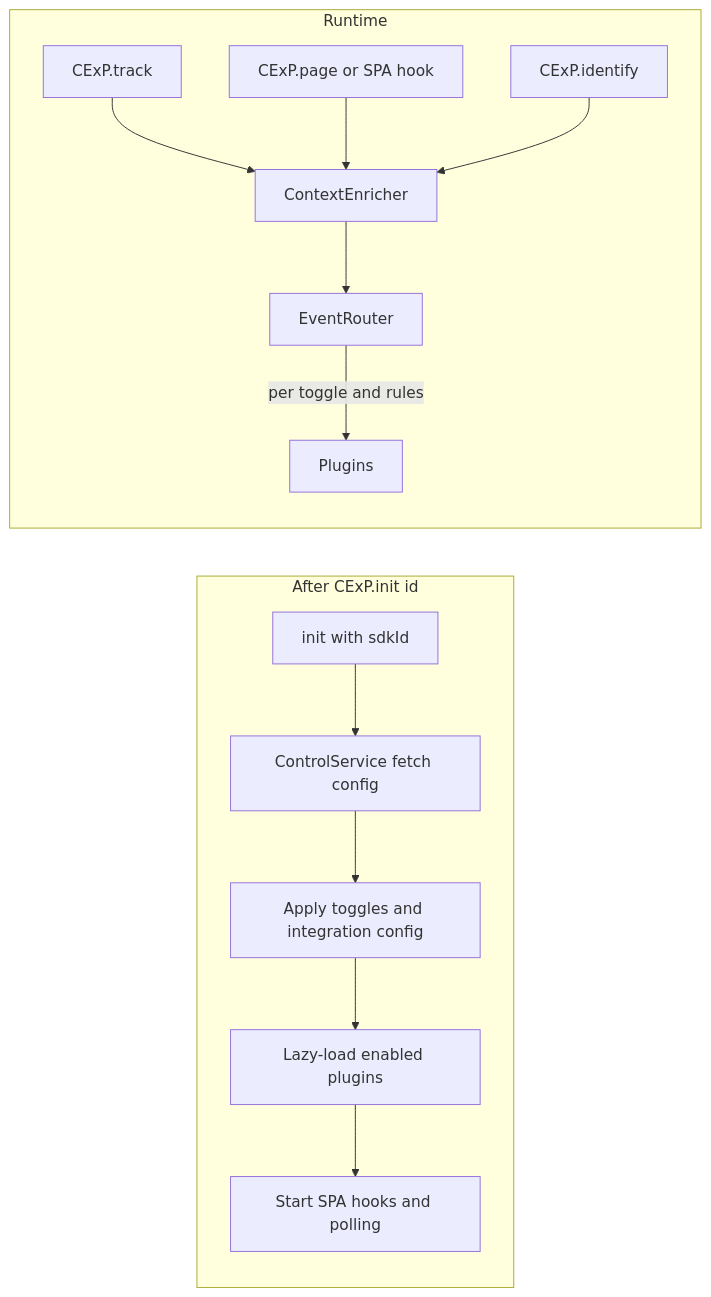
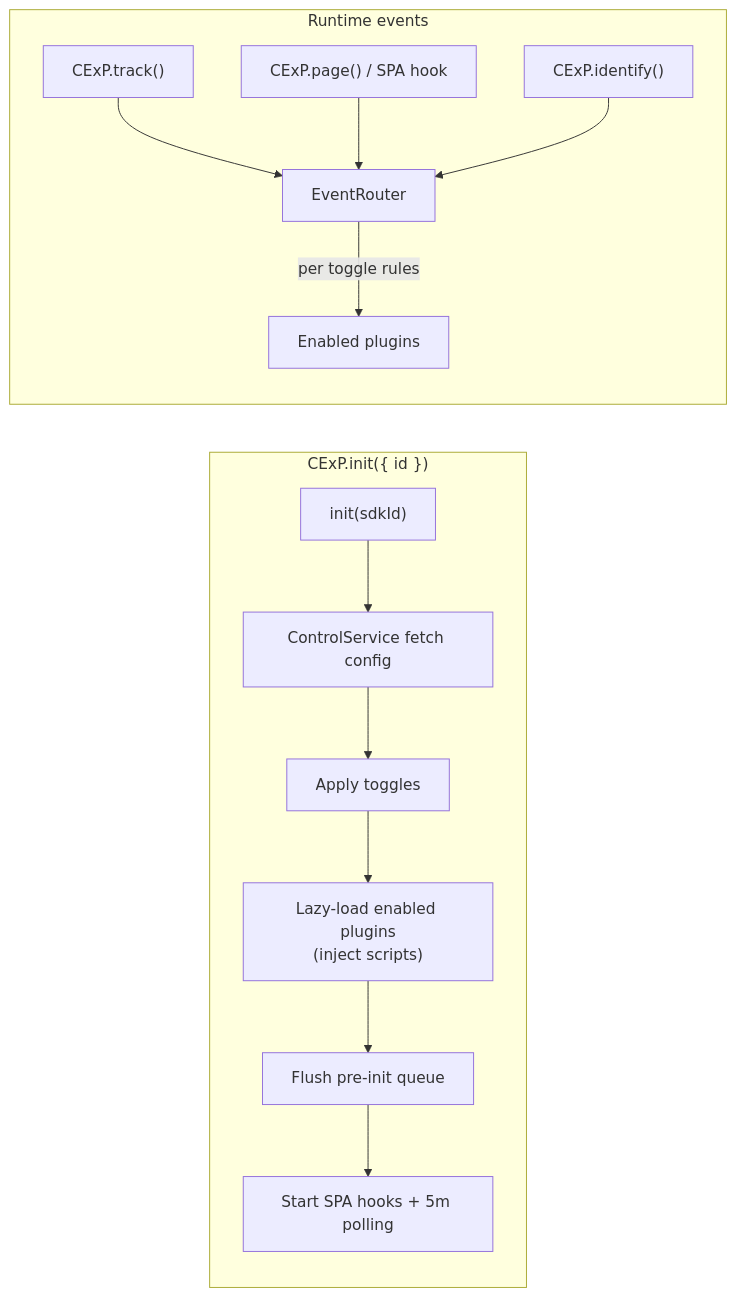
One commit to CExP-dev/cexp-hub-sdk changed the third of 8 diagrams in docs/superpowers/architecture/2026-03-20-cexp-hub-sdk-system-architecture.md. Above: the diagram before and after it, drawn with Mermaid. The commit also changed other lines of this file and 12 other files, not shown here.

````diff
--- a/docs/superpowers/architecture/2026-03-20-cexp-hub-sdk-system-architecture.md
+++ b/docs/superpowers/architecture/2026-03-20-cexp-hub-sdk-system-architecture.md
@@ -100,17 +113,17 @@
 ```mermaid
 flowchart LR
-  subgraph initPhase [After CExP.init id]
-    A[init with sdkId] --> B[ControlService fetch config]
-    B --> C[Apply toggles and integration config]
-    C --> D[Lazy-load enabled plugins]
-    D --> E[Start SPA hooks and polling]
+  subgraph initPhase ["CExP.init({ id })"]
+    A["init(sdkId)"] --> B[ControlService fetch config]
+    B --> C[Apply toggles]
+    C --> D["Lazy-load enabled plugins\n(inject scripts)"]
+    D --> E[Flush pre-init queue]
+    E --> F[Start SPA hooks + 5m polling]
   end
 
-  subgraph runtimePhase [Runtime]
-    T[CExP.track] --> F[ContextEnricher]
-    P[CExP.page or SPA hook] --> F
-    I[CExP.identify] --> F
-    F --> G[EventRouter]
-    G -->|"per toggle and rules"| H[Plugins]
+  subgraph runtimePhase [Runtime events]
+    T["CExP.track()"] --> G[EventRouter]
+    P["CExP.page() / SPA hook"] --> G
+    I["CExP.identify()"] --> G
+    G -->|"per toggle rules"| H[Enabled plugins]
   end
 ```
````
